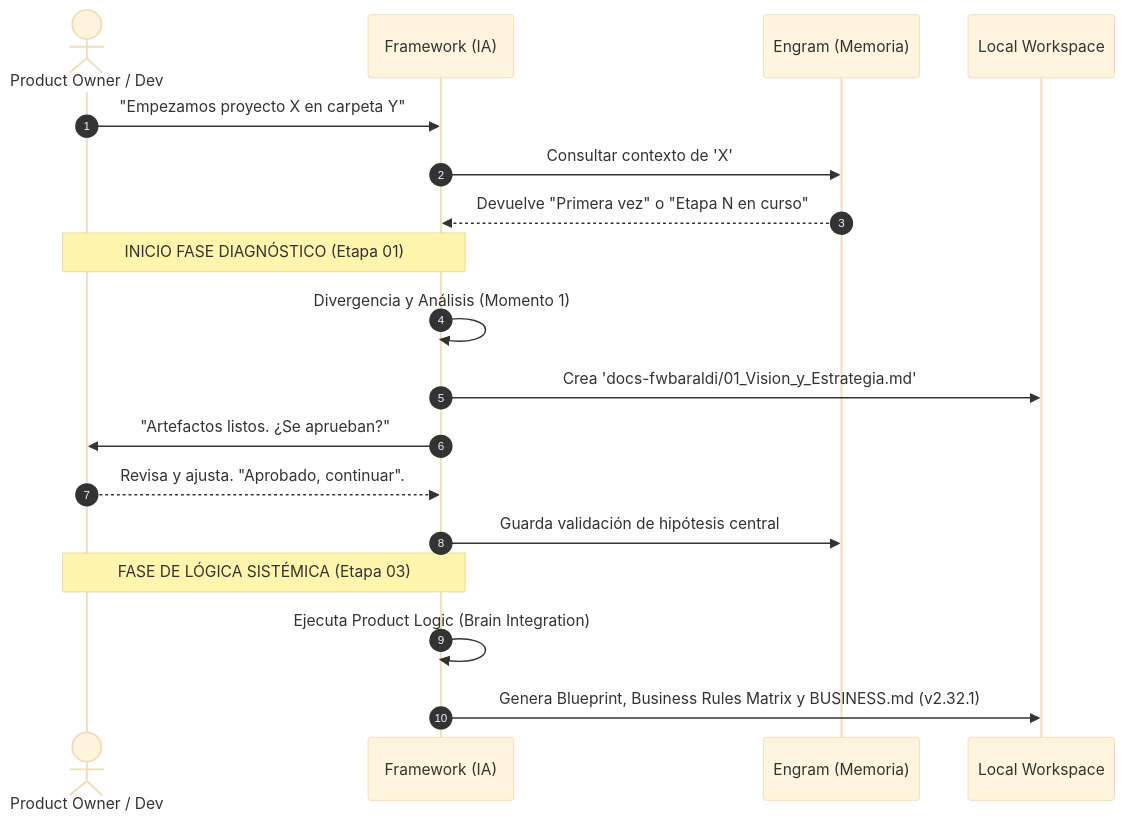
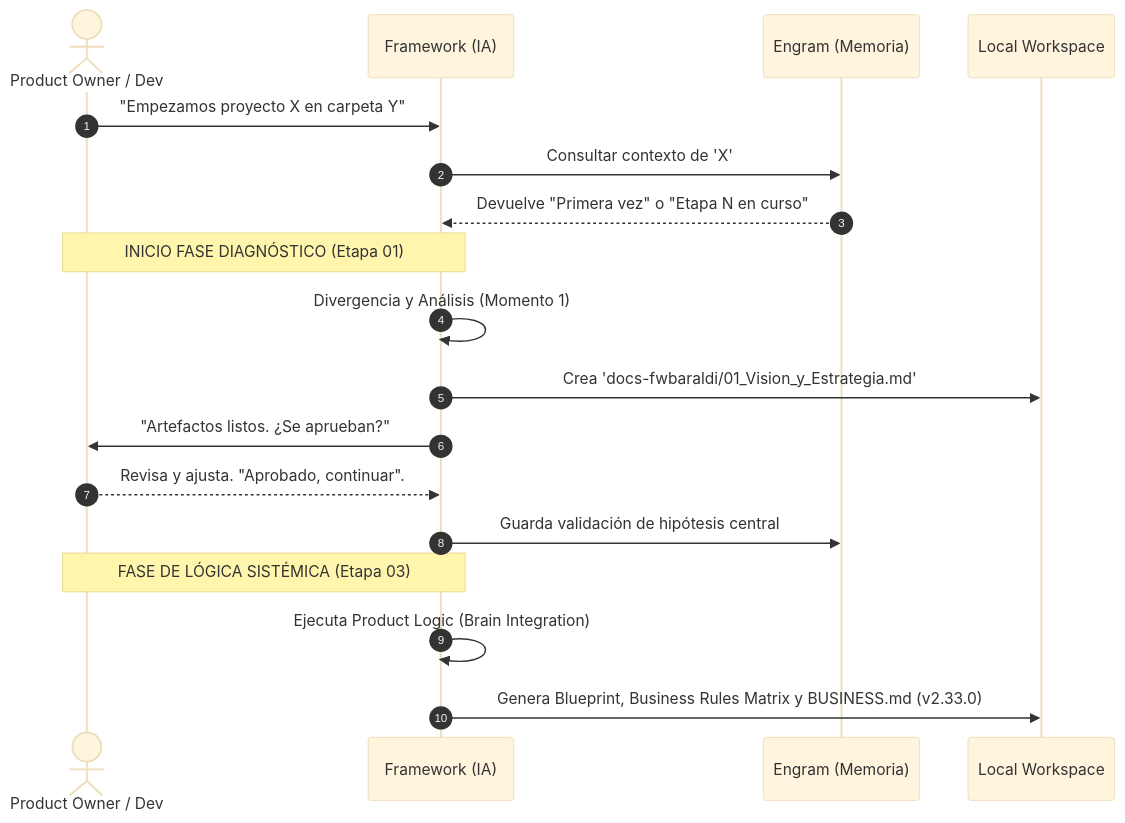
Before and after one commit to leobaraldi96/fwbaraldi: the second of 2 diagrams in ARQUITECTURA_CORE.md, drawn with Mermaid (base theme). The commit also changed other lines of this file and 90 other files, not shown here.

Commit message:
feat: upgrade framework to v2.33.0 with multi-agent omnipresence and modular skills architecture

````diff
--- a/ARQUITECTURA_CORE.md
+++ b/ARQUITECTURA_CORE.md
@@ -83,26 +83,26 @@
 ```mermaid
 sequenceDiagram
     autonumber
     actor Humano as Product Owner / Dev
     participant IA as Framework (IA)
     participant E as Engram (Memoria)
     participant FS as Local Workspace
 
     Humano->>IA: "Empezamos proyecto X en carpeta Y"
     IA->>E: Consultar contexto de 'X'
     E-->>IA: Devuelve "Primera vez" o "Etapa N en curso"
     
     note over IA,Humano: INICIO FASE DIAGNÓSTICO (Etapa 01)
     IA->>IA: Divergencia y Análisis (Momento 1)
     
     IA->>FS: Crea 'docs-fwbaraldi/01_Vision_y_Estrategia.md'
     IA->>Humano: "Artefactos listos. ¿Se aprueban?"
     
     Humano-->>IA: Revisa y ajusta. "Aprobado, continuar".
     
     IA->>E: Guarda validación de hipótesis central
     
     note over IA,Humano: FASE DE LÓGICA SISTÉMICA (Etapa 03)
     IA->>IA: Ejecuta Product Logic (Brain Integration)
-    IA->>FS: Genera Blueprint, Business Rules Matrix y BUSINESS.md (v2.32.1)
+    IA->>FS: Genera Blueprint, Business Rules Matrix y BUSINESS.md (v2.33.0)
 ```
````
